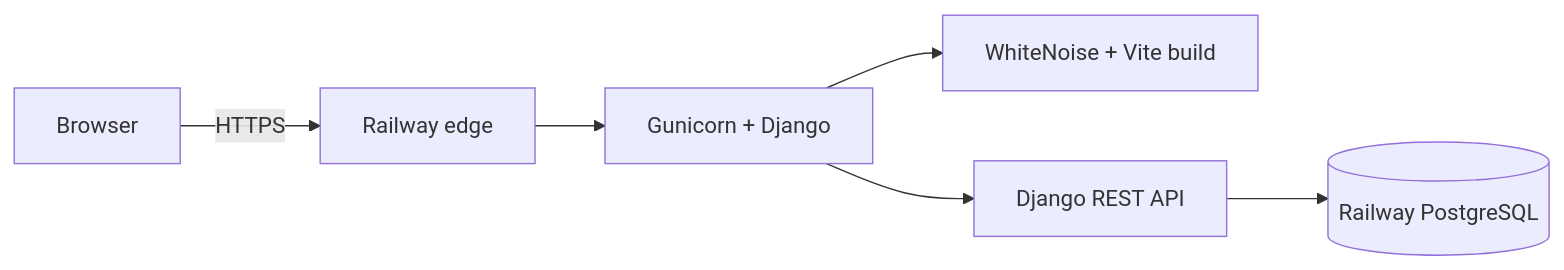
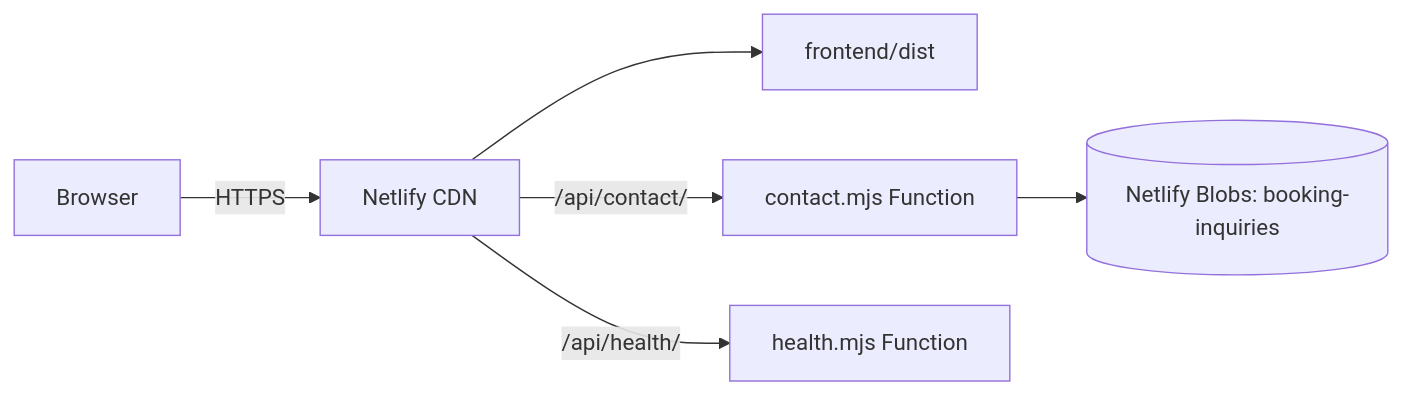
Before and after one commit to JonasJavier/IZAK-S-PHOTOS: the diagram in docs/DEPLOYMENT.md, drawn with Mermaid. The commit also changed other lines of this file and 3 other files, not shown here.

First line of the commit message:
Move hosting docs from Railway to Netlify

````diff
--- a/docs/DEPLOYMENT.md
+++ b/docs/DEPLOYMENT.md
@@ -7,8 +5,8 @@
 ```mermaid
 flowchart LR
-    Browser -->|HTTPS| Railway[Railway edge]
-    Railway --> Web[Gunicorn + Django]
-    Web --> Static[WhiteNoise + Vite build]
-    Web --> API[Django REST API]
-    API --> Postgres[(Railway PostgreSQL)]
+    Browser -->|HTTPS| CDN[Netlify CDN]
+    CDN --> SPA[frontend/dist]
+    CDN -->|/api/contact/| Contact[contact.mjs Function]
+    CDN -->|/api/health/| Health[health.mjs Function]
+    Contact --> Blobs[(Netlify Blobs: booking-inquiries)]
 ```
````
